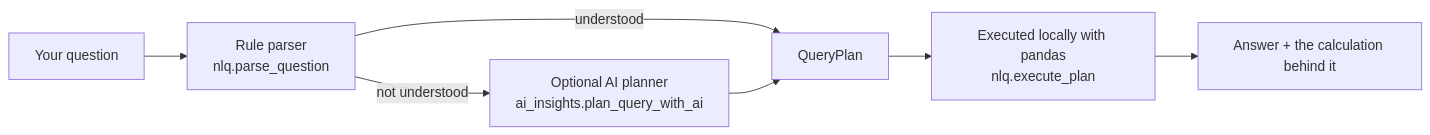
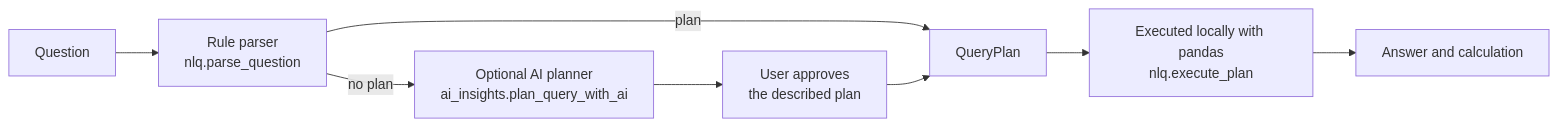
One commit to saineshnakra/automated-data-analyst changed the second of 2 diagrams in docs/how-it-works.md. Above: the diagram before and after it, drawn with Mermaid. The commit also changed other lines of this file and 22 other files, not shown here.

````diff
--- a/docs/how-it-works.md
+++ b/docs/how-it-works.md
@@ -130,9 +125,10 @@
 ```mermaid
 flowchart LR
-    Q["Your question"] --> P["Rule parser<br/>nlq.parse_question"]
-    P -->|understood| PLAN["QueryPlan"]
-    P -->|not understood| AI["Optional AI planner<br/>ai_insights.plan_query_with_ai"]
-    AI --> PLAN
+    Q["Question"] --> P["Rule parser<br/>nlq.parse_question"]
+    P -->|plan| PLAN["QueryPlan"]
+    P -->|no plan| AI["Optional AI planner<br/>ai_insights.plan_query_with_ai"]
+    AI --> OK["User approves<br/>the described plan"]
+    OK --> PLAN
     PLAN --> X["Executed locally with pandas<br/>nlq.execute_plan"]
-    X --> ANS["Answer + the calculation behind it"]
+    X --> ANS["Answer and calculation"]
 ```
````
